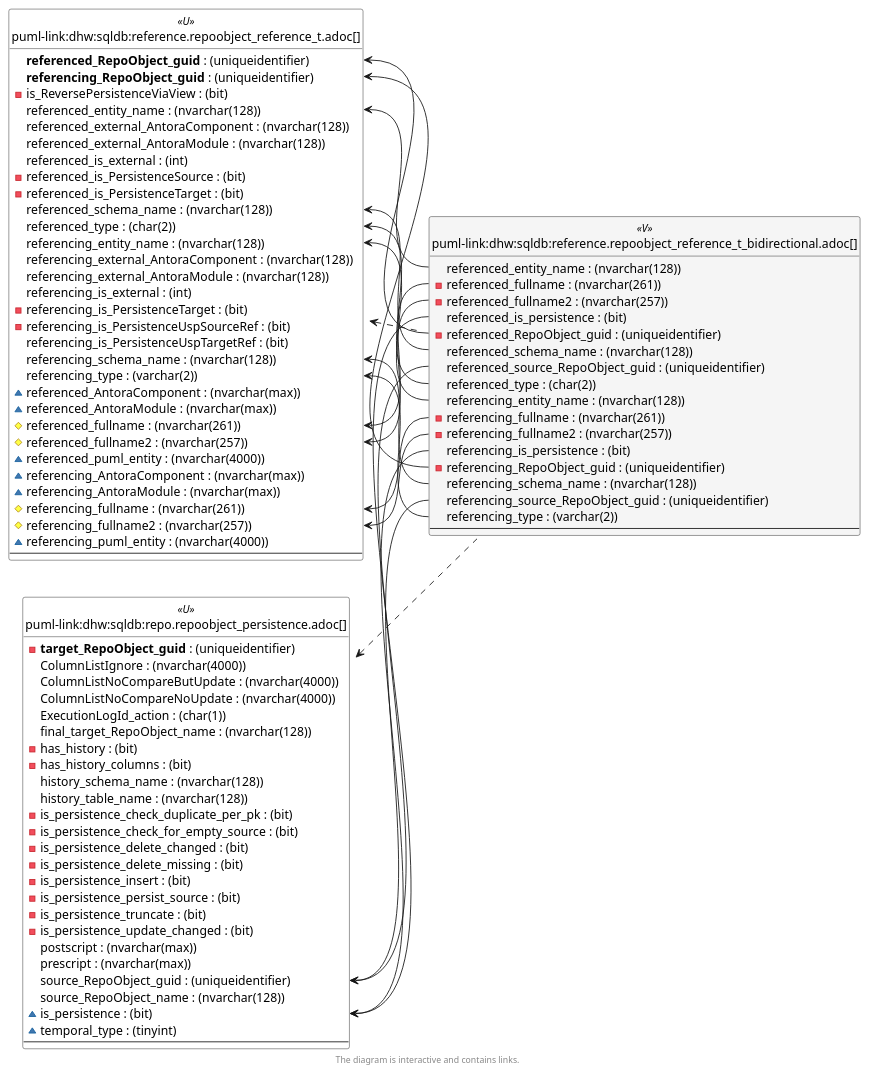
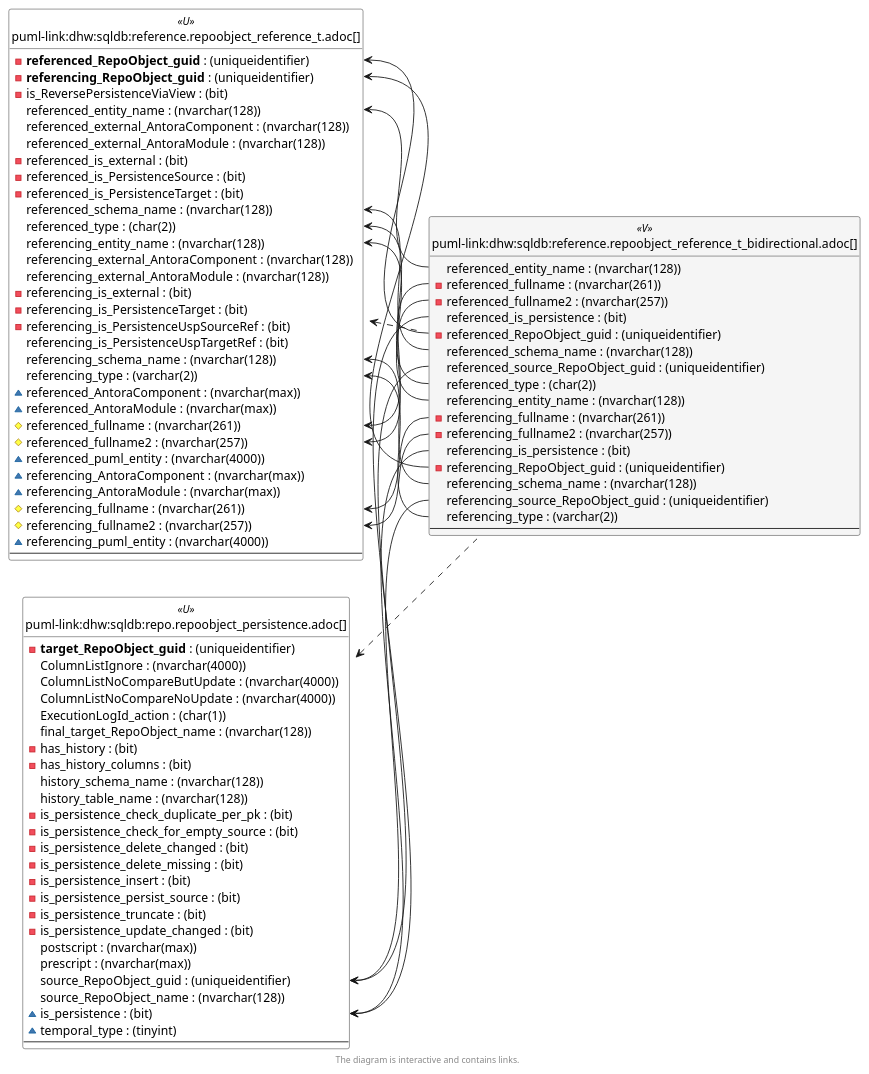
The sixth of 6 diagrams in docs/modules/sqldb/partials/content/reference.repoobject_reference_t_bidirectional.adoc (DataHandwerk/dhw-antora-sqldb), drawn with PlantUML before and after one commit. The commit also changed other lines of this file and 641 other files, not shown here.

```diff
--- a/docs/modules/sqldb/partials/content/reference.repoobject_reference_t_bidirectional.adoc
+++ b/docs/modules/sqldb/partials/content/reference.repoobject_reference_t_bidirectional.adoc
@@ -1748,13 +1748,13 @@
 
 
 entity "puml-link:dhw:sqldb:reference.repoobject_reference_t.adoc[]" as reference.RepoObject_reference_T << U >> {
-  **referenced_RepoObject_guid** : (uniqueidentifier)
-  **referencing_RepoObject_guid** : (uniqueidentifier)
+  - **referenced_RepoObject_guid** : (uniqueidentifier)
+  - **referencing_RepoObject_guid** : (uniqueidentifier)
   - is_ReversePersistenceViaView : (bit)
   referenced_entity_name : (nvarchar(128))
   referenced_external_AntoraComponent : (nvarchar(128))
   referenced_external_AntoraModule : (nvarchar(128))
-  referenced_is_external : (int)
+  - referenced_is_external : (bit)
   - referenced_is_PersistenceSource : (bit)
   - referenced_is_PersistenceTarget : (bit)
   referenced_schema_name : (nvarchar(128))
@@ -1762,7 +1762,7 @@
   referencing_entity_name : (nvarchar(128))
   referencing_external_AntoraComponent : (nvarchar(128))
   referencing_external_AntoraModule : (nvarchar(128))
-  referencing_is_external : (int)
+  - referencing_is_external : (bit)
   - referencing_is_PersistenceTarget : (bit)
   - referencing_is_PersistenceUspSourceRef : (bit)
   referencing_is_PersistenceUspTargetRef : (bit)
```
